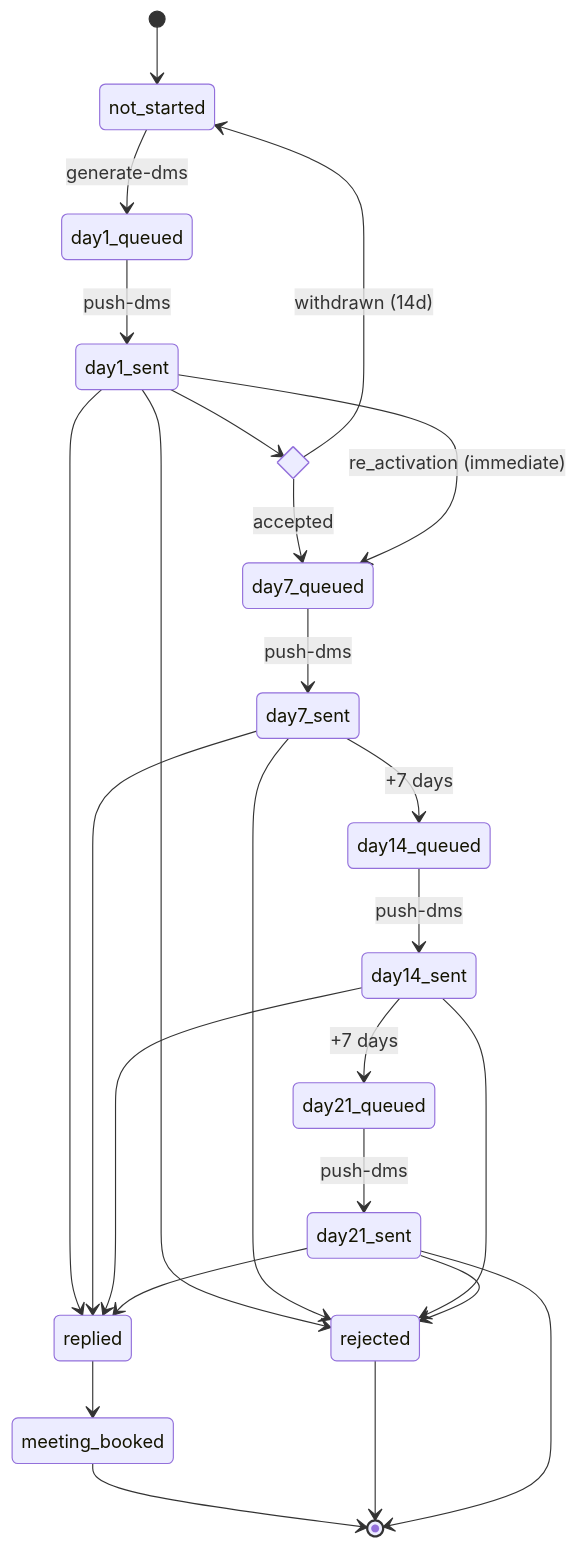
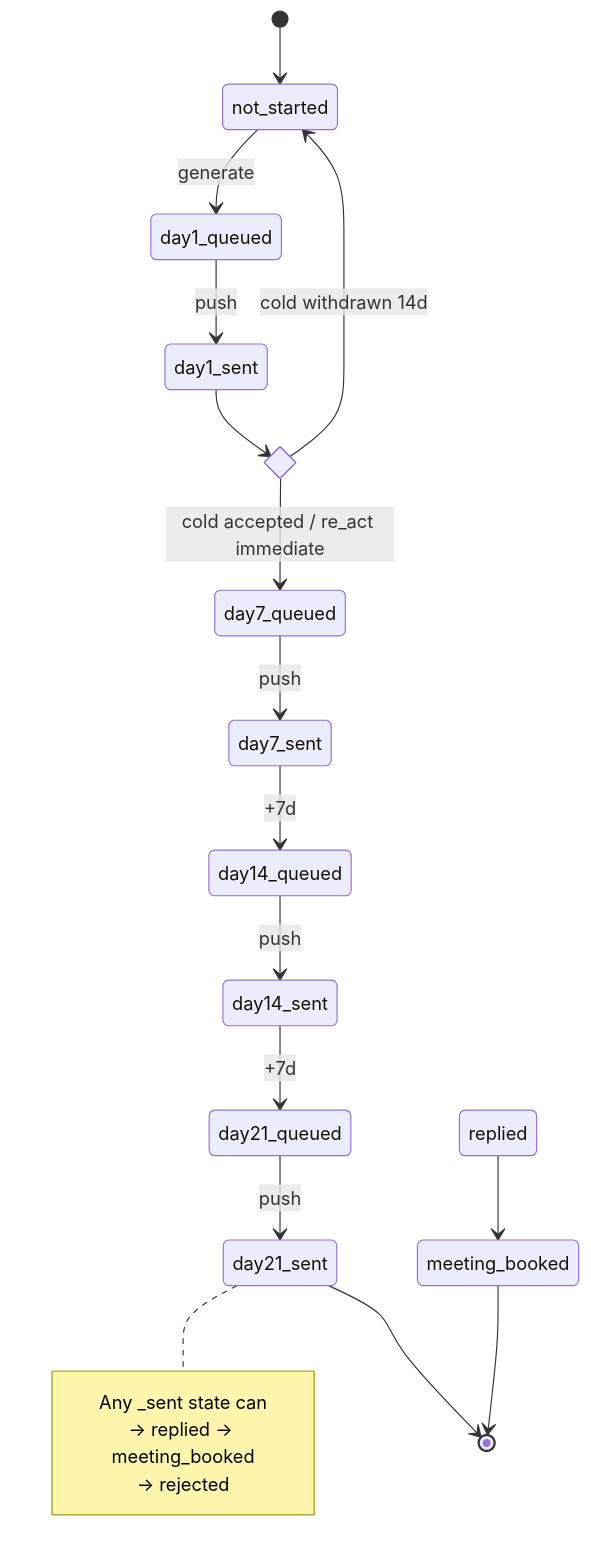
One commit to ashc0815/Linkedin-ABM-LeadGen changed the second of 2 diagrams in docs/pipeline-flow.md. Above: the diagram before and after it, drawn with Mermaid. The commit also changed other lines of this file, not shown here.

First line of the commit message:
docs: trim pipeline diagram — remove Daily Workflow dupe and merge repeated transitions

````diff
--- a/docs/pipeline-flow.md
+++ b/docs/pipeline-flow.md
@@ -50,34 +33,23 @@
 ```mermaid
 stateDiagram-v2
     [*] --> not_started
-    not_started --> day1_queued: generate-dms
-    day1_queued --> day1_sent: push-dms
+    not_started --> day1_queued: generate
+    day1_queued --> day1_sent: push
 
-    state cold_new_fork <<choice>>
-    day1_sent --> cold_new_fork
-    cold_new_fork --> day7_queued: accepted
-    cold_new_fork --> not_started: withdrawn (14d)
+    state fork <<choice>>
+    day1_sent --> fork
+    fork --> day7_queued: cold accepted / re_act immediate
+    fork --> not_started: cold withdrawn 14d
 
-    day1_sent --> day7_queued: re_activation (immediate)
+    day7_queued --> day7_sent: push
+    day7_sent --> day14_queued: +7d
+    day14_queued --> day14_sent: push
+    day14_sent --> day21_queued: +7d
+    day21_queued --> day21_sent: push
 
-    day7_queued --> day7_sent: push-dms
-    day7_sent --> day14_queued: +7 days
-    day14_queued --> day14_sent: push-dms
-    day14_sent --> day21_queued: +7 days
-    day21_queued --> day21_sent: push-dms
-
-    day1_sent --> replied
-    day7_sent --> replied
-    day14_sent --> replied
-    day21_sent --> replied
-
-    day1_sent --> rejected
-    day7_sent --> rejected
-    day14_sent --> rejected
-    day21_sent --> rejected
+    note right of day21_sent: Any _sent state can<br/>→ replied → meeting_booked<br/>→ rejected
 
     replied --> meeting_booked
     meeting_booked --> [*]
-    rejected --> [*]
     day21_sent --> [*]
 ```
````
